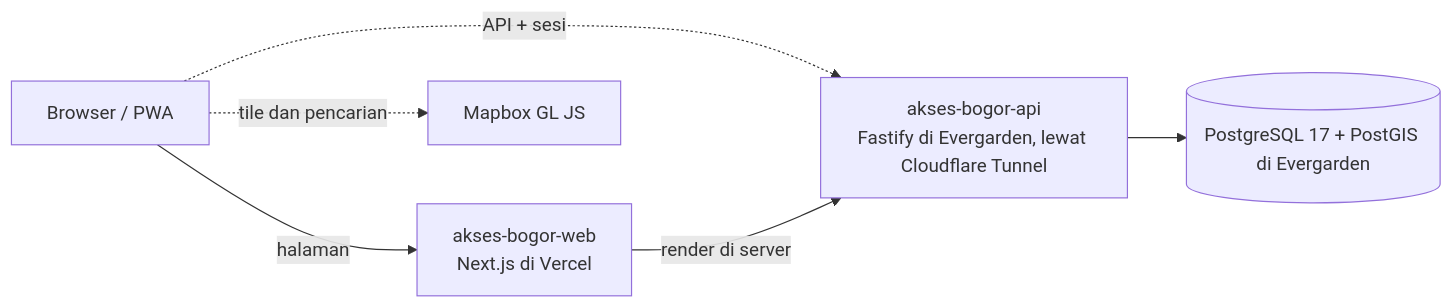
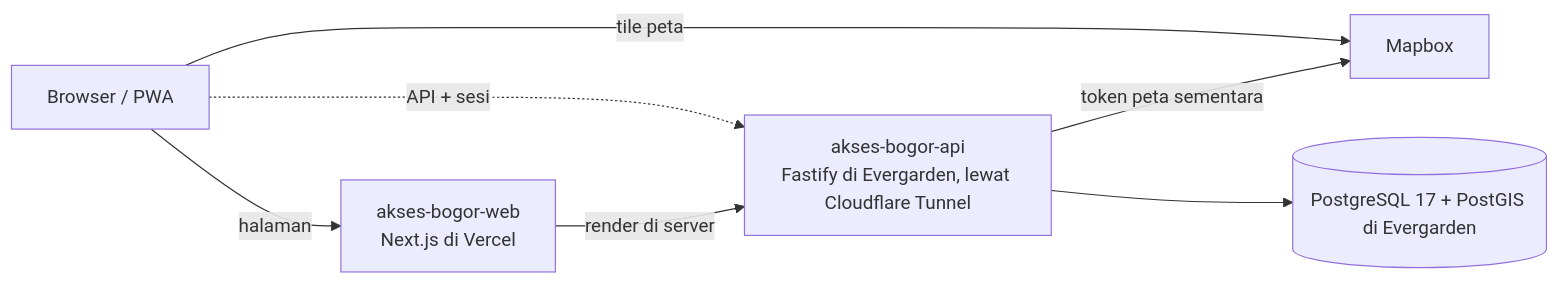
One commit to al-dioooo/akses-bogor-web changed the diagram in docs/arsitektur.md. Above: the diagram before and after it, drawn with Mermaid. The commit also changed other lines of this file and 8 other files, not shown here.

First line of the commit message:
feat(peta): show the mapbox map with markers, zoom controls, and a place summary (#44) (#47)

````diff
--- a/docs/arsitektur.md
+++ b/docs/arsitektur.md
@@ -5,8 +5,9 @@
 ```mermaid
 flowchart LR
   B[Browser / PWA] -->|halaman| W[akses-bogor-web<br/>Next.js di Vercel]
   B -.->|API + sesi| F[akses-bogor-api<br/>Fastify di Evergarden, lewat Cloudflare Tunnel]
   W -->|render di server| F
-  B -.->|tile dan pencarian| M[Mapbox GL JS]
+  B -->|tile peta| M[Mapbox]
+  F -->|token peta sementara| M
   F --> DB[(PostgreSQL 17 + PostGIS di Evergarden)]
 ```
````
